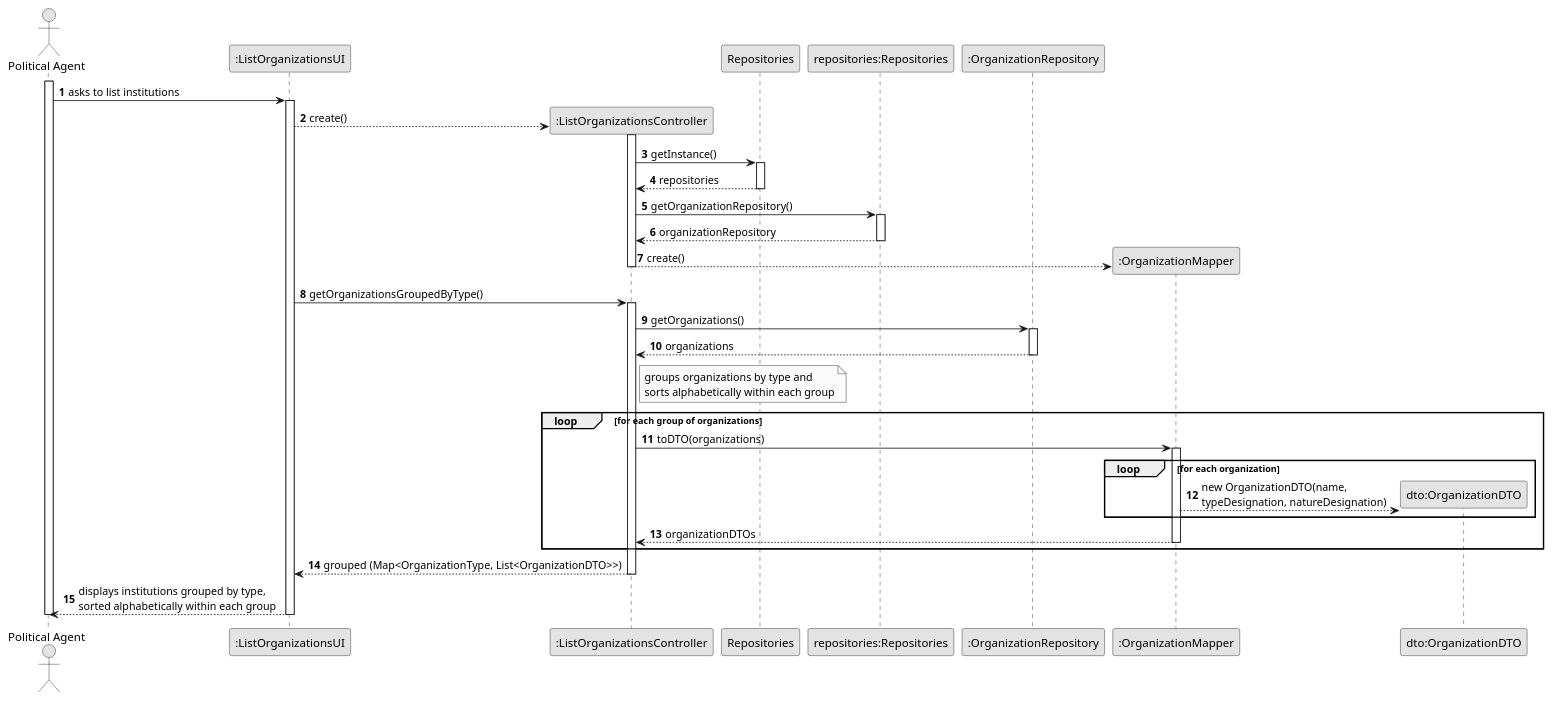
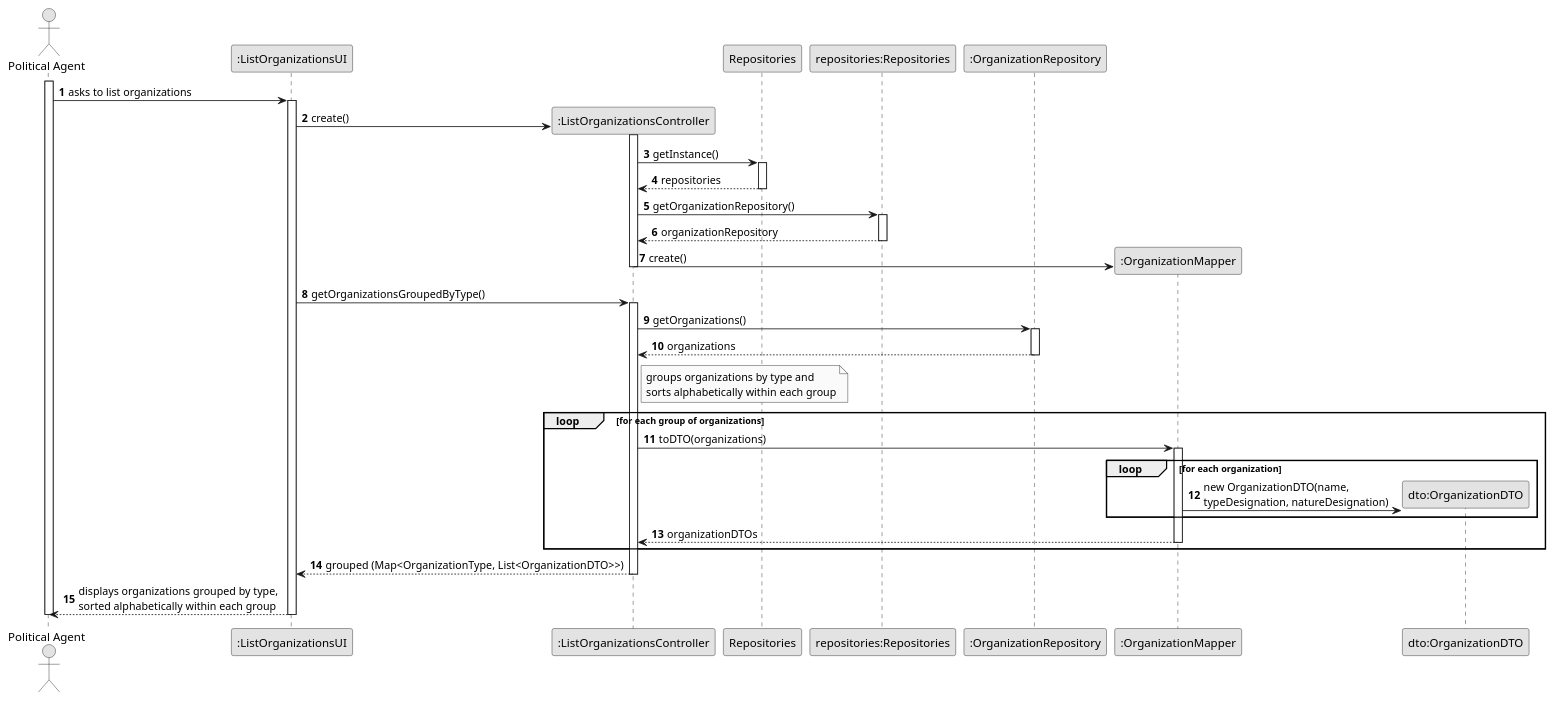
Before and after one commit to brunodspinto/crystal-clear-platform: the diagram in docs/system-documentation/US03/03.design/puml/US03-SD.puml, drawn with PlantUML. The commit also changed 39 other files, not shown here.

Commit message:
Fixed the ESOFT design diagrams (US09/10 SD use DTO, US06 AuthLib adapter, US02 reflection) + javadoc fixes

```diff
--- a/docs/system-documentation/US03/03.design/puml/US03-SD.puml
+++ b/docs/system-documentation/US03/03.design/puml/US03-SD.puml
@@ -1,68 +1,68 @@
 @startuml US03-SD
 skinparam monochrome true
 skinparam packageStyle rectangle
 skinparam shadowing false
 
 autonumber
 
 actor "Political Agent" as PA
 participant ":ListOrganizationsUI" as UI
 participant ":ListOrganizationsController" as CTRL
 participant "Repositories" as REPOS
 participant "repositories:Repositories" as REPOS_SINGLETON
 participant ":OrganizationRepository" as REPO
 participant ":OrganizationMapper" as MAPPER
 participant "dto:OrganizationDTO" as DTO
 
 activate PA
 
-    PA -> UI : asks to list institutions
+    PA -> UI : asks to list organizations
     activate UI
 
-        UI --> CTRL** : create()
+        UI -> CTRL** : create()
         activate CTRL
             CTRL -> REPOS : getInstance()
             activate REPOS
                 REPOS --> CTRL : repositories
             deactivate REPOS
 
             CTRL -> REPOS_SINGLETON : getOrganizationRepository()
             activate REPOS_SINGLETON
                 REPOS_SINGLETON --> CTRL : organizationRepository
             deactivate REPOS_SINGLETON
 
-            CTRL --> MAPPER** : create()
+            CTRL -> MAPPER** : create()
         deactivate CTRL
 
         UI -> CTRL : getOrganizationsGroupedByType()
         activate CTRL
 
             CTRL -> REPO : getOrganizations()
             activate REPO
                 REPO --> CTRL : organizations
             deactivate REPO
 
             note right of CTRL
                 groups organizations by type and
                 sorts alphabetically within each group
             end note
 
             loop for each group of organizations
                 CTRL -> MAPPER : toDTO(organizations)
                 activate MAPPER
                     loop for each organization
-                        MAPPER --> DTO** : new OrganizationDTO(name,\ntypeDesignation, natureDesignation)
+                        MAPPER -> DTO** : new OrganizationDTO(name,\ntypeDesignation, natureDesignation)
                     end
                     MAPPER --> CTRL : organizationDTOs
                 deactivate MAPPER
             end
 
             CTRL --> UI : grouped (Map<OrganizationType, List<OrganizationDTO>>)
         deactivate CTRL
 
-        UI --> PA : displays institutions grouped by type,\nsorted alphabetically within each group
+        UI --> PA : displays organizations grouped by type,\nsorted alphabetically within each group
     deactivate UI
 
 deactivate PA
 
 @enduml
```
